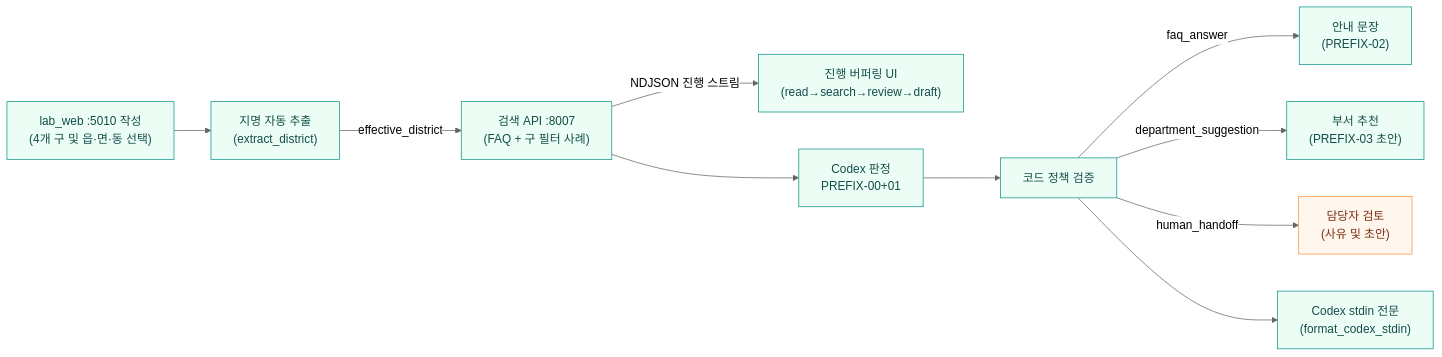
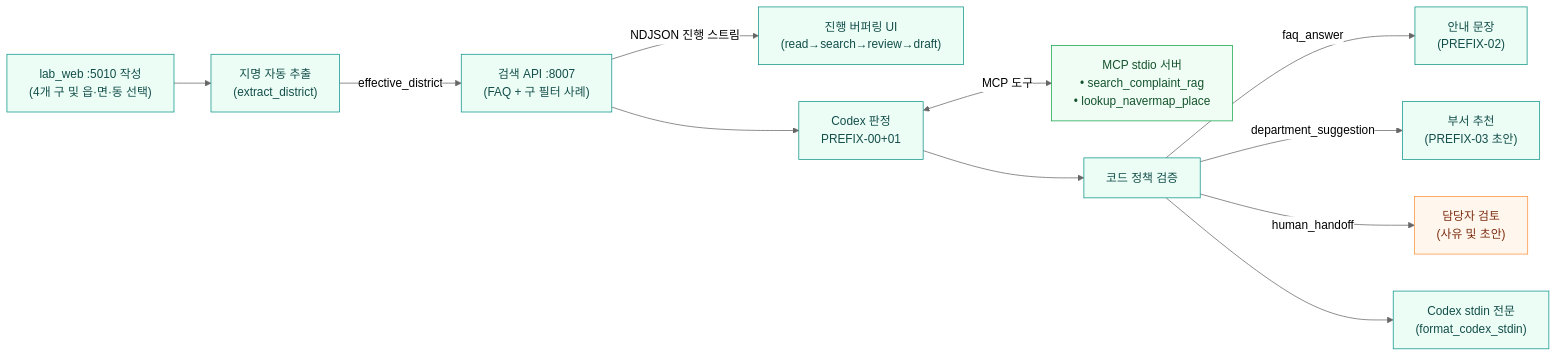
The first of 4 diagrams in README.md (hy040504/ai-complaint-process), drawn with Mermaid (neutral theme) before and after one commit. The commit also changed other lines of this file and 15 other files, not shown here.

````diff
--- a/README.md
+++ b/README.md
@@ -98,16 +98,19 @@
 ```mermaid
 flowchart LR
     W["lab_web :5010 작성<br/>(4개 구 및 읍·면·동 선택)"] --> D["지명 자동 추출<br/>(extract_district)"]
     D -->|"effective_district"| S["검색 API :8007<br/>(FAQ + 구 필터 사례)"]
     S -->|"NDJSON 진행 스트림"| P["진행 버퍼링 UI<br/>(read→search→review→draft)"]
     S --> C["Codex 판정<br/>PREFIX-00+01"]
+    C <-->|"MCP 도구"| M["MCP stdio 서버<br/>• search_complaint_rag<br/>• lookup_navermap_place"]
     C --> V["코드 정책 검증"]
     V -->|faq_answer| F["안내 문장<br/>(PREFIX-02)"]
     V -->|department_suggestion| B["부서 추천<br/>(PREFIX-03 초안)"]
     V -->|human_handoff| H["담당자 검토<br/>(사유 및 초안)"]
     V --> O["Codex stdin 전문<br/>(format_codex_stdin)"]
     classDef ready fill:#ecfdf5,stroke:#0d9488,color:#134e4a
     classDef human fill:#fff7ed,stroke:#fb923c,color:#7c2d12
+    classDef tool fill:#f0fdf4,stroke:#16a34a,color:#14532d
     class W,D,S,P,C,V,F,B,O ready
     class H human
+    class M tool
 ```
````
